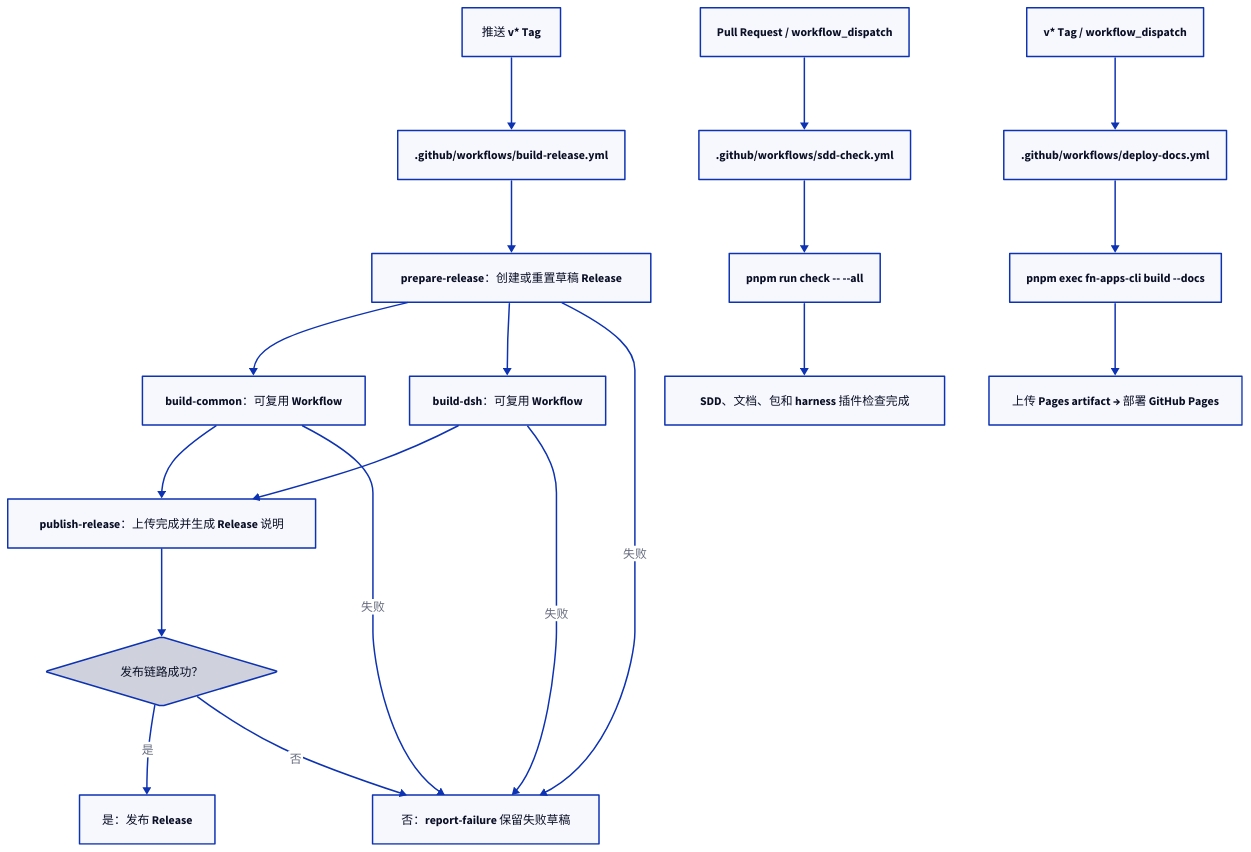
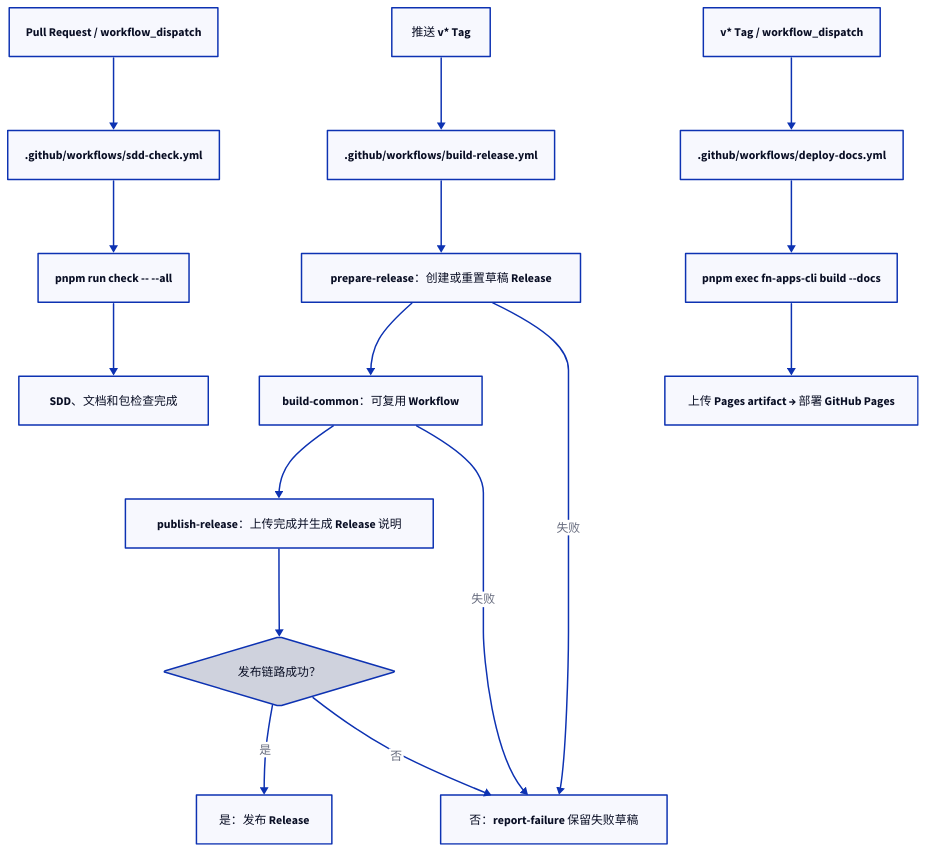
The first of 4 diagrams in docs/development/github-workflows.md (tnnevol/fn-os-apps), drawn with D2 before and after one commit. The commit also changed other lines of this file and 504 other files, not shown here.

First line of the commit message:
refactor(dsh): drop DeepSeek Harness app, plugins and docs

````diff
--- a/docs/development/github-workflows.md
+++ b/docs/development/github-workflows.md
@@ -13,41 +13,37 @@
 ```d2
 direction: down
 
 tag: "推送 v* Tag"
 releaseWorkflow: ".github/workflows/build-release.yml"
 prepare: "prepare-release：创建或重置草稿 Release"
 common: "build-common：可复用 Workflow"
-dsh: "build-dsh：可复用 Workflow"
 publish: "publish-release：上传完成并生成 Release 说明"
 releaseStatus: {
   label: "发布链路成功？"
   shape: diamond
 }
 releaseDone: "是：发布 Release"
 releaseFailure: "否：report-failure 保留失败草稿"
 
 qualityTrigger: "Pull Request / workflow_dispatch"
 sddWorkflow: ".github/workflows/sdd-check.yml"
 sddRun: "pnpm run check -- --all"
-sddDone: "SDD、文档、包和 harness 插件检查完成"
+sddDone: "SDD、文档和包检查完成"
 
 docsTrigger: "v* Tag / workflow_dispatch"
 docsWorkflow: ".github/workflows/deploy-docs.yml"
 docsRun: "pnpm exec fn-apps-cli build --docs"
 pages: "上传 Pages artifact → 部署 GitHub Pages"
 
 tag -> releaseWorkflow -> prepare
 prepare -> common
-prepare -> dsh
 common -> publish
-dsh -> publish
 publish -> releaseStatus
 releaseStatus -> releaseDone: 是
 releaseStatus -> releaseFailure: 否
 prepare -> releaseFailure: 失败
 common -> releaseFailure: 失败
-dsh -> releaseFailure: 失败
 
 qualityTrigger -> sddWorkflow -> sddRun -> sddDone
 docsTrigger -> docsWorkflow -> docsRun -> pages
 ```
````
